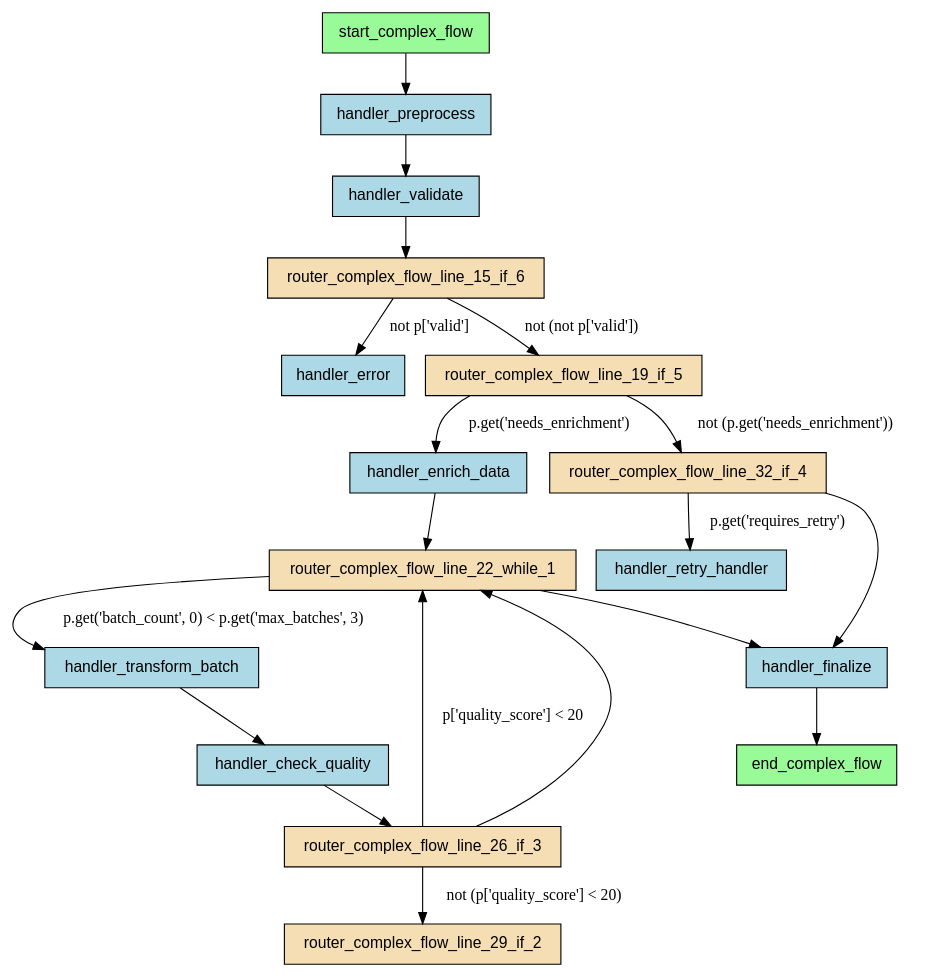
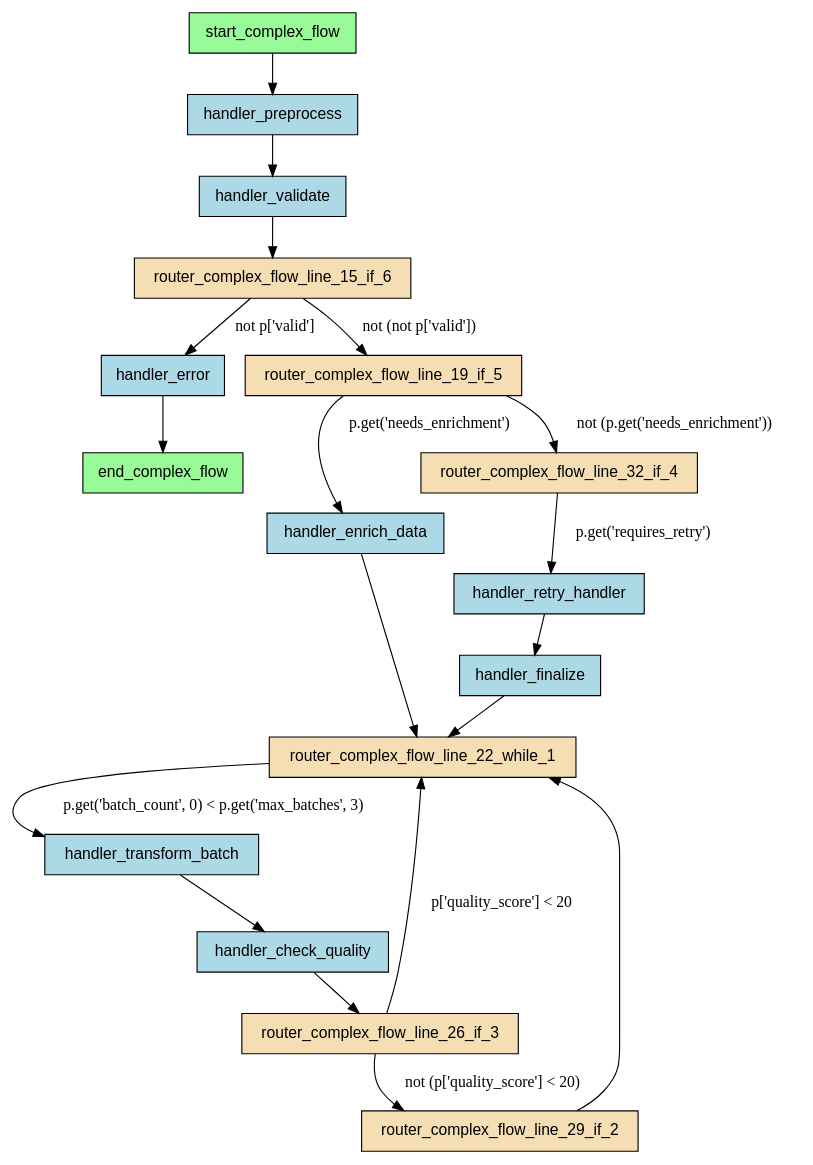
The diagram in examples/flows/compiled/complex_with_while/flow.dot (deliveryhero/asya), drawn with Graphviz before and after one commit. The commit also changed 136 other files, not shown here.

```diff
--- a/examples/flows/compiled/complex_with_while/flow.dot
+++ b/examples/flows/compiled/complex_with_while/flow.dot
@@ -1,40 +1,40 @@
-digraph "complex_flow" {
+digraph "complex_with_while" {
     rankdir=TB;
     node [shape=box, style=filled, fontname="Helvetica"];
 
     end_complex_flow [label="end_complex_flow", fillcolor=palegreen];
     handler_check_quality [label="handler_check_quality", fillcolor=lightblue];
     handler_enrich_data [label="handler_enrich_data", fillcolor=lightblue];
     handler_error [label="handler_error", fillcolor=lightblue];
     handler_finalize [label="handler_finalize", fillcolor=lightblue];
     handler_preprocess [label="handler_preprocess", fillcolor=lightblue];
     handler_retry_handler [label="handler_retry_handler", fillcolor=lightblue];
     handler_transform_batch [label="handler_transform_batch", fillcolor=lightblue];
     handler_validate [label="handler_validate", fillcolor=lightblue];
     router_complex_flow_line_15_if_6 [label="router_complex_flow_line_15_if_6", fillcolor=wheat];
     router_complex_flow_line_19_if_5 [label="router_complex_flow_line_19_if_5", fillcolor=wheat];
     router_complex_flow_line_22_while_1 [label="router_complex_flow_line_22_while_1", fillcolor=wheat];
     router_complex_flow_line_26_if_3 [label="router_complex_flow_line_26_if_3", fillcolor=wheat];
     router_complex_flow_line_29_if_2 [label="router_complex_flow_line_29_if_2", fillcolor=wheat];
     router_complex_flow_line_32_if_4 [label="router_complex_flow_line_32_if_4", fillcolor=wheat];
     start_complex_flow [label="start_complex_flow", fillcolor=palegreen];
 
     start_complex_flow -> handler_preprocess;
     handler_preprocess -> handler_validate;
     handler_validate -> router_complex_flow_line_15_if_6;
     router_complex_flow_line_26_if_3 -> router_complex_flow_line_22_while_1 [label="p['quality_score'] < 20"];
     router_complex_flow_line_26_if_3 -> router_complex_flow_line_29_if_2 [label="not (p['quality_score'] < 20)"];
     router_complex_flow_line_22_while_1 -> handler_transform_batch [label="p.get('batch_count', 0) < p.get('max_batches', 3)"];
     handler_transform_batch -> handler_check_quality;
     handler_check_quality -> router_complex_flow_line_26_if_3;
-    router_complex_flow_line_26_if_3 -> router_complex_flow_line_22_while_1;
     router_complex_flow_line_32_if_4 -> handler_retry_handler [label="p.get('requires_retry')"];
     router_complex_flow_line_19_if_5 -> handler_enrich_data [label="p.get('needs_enrichment')"];
     handler_enrich_data -> router_complex_flow_line_22_while_1;
-    router_complex_flow_line_22_while_1 -> handler_finalize;
     router_complex_flow_line_19_if_5 -> router_complex_flow_line_32_if_4 [label="not (p.get('needs_enrichment'))"];
-    router_complex_flow_line_32_if_4 -> handler_finalize;
     router_complex_flow_line_15_if_6 -> router_complex_flow_line_19_if_5 [label="not (not p['valid'])"];
     router_complex_flow_line_15_if_6 -> handler_error [label="not p['valid']"];
-    handler_finalize -> end_complex_flow;
+    handler_finalize -> router_complex_flow_line_22_while_1;
+    router_complex_flow_line_29_if_2 -> router_complex_flow_line_22_while_1;
+    handler_retry_handler -> handler_finalize;
+    handler_error -> end_complex_flow;
 }
```
